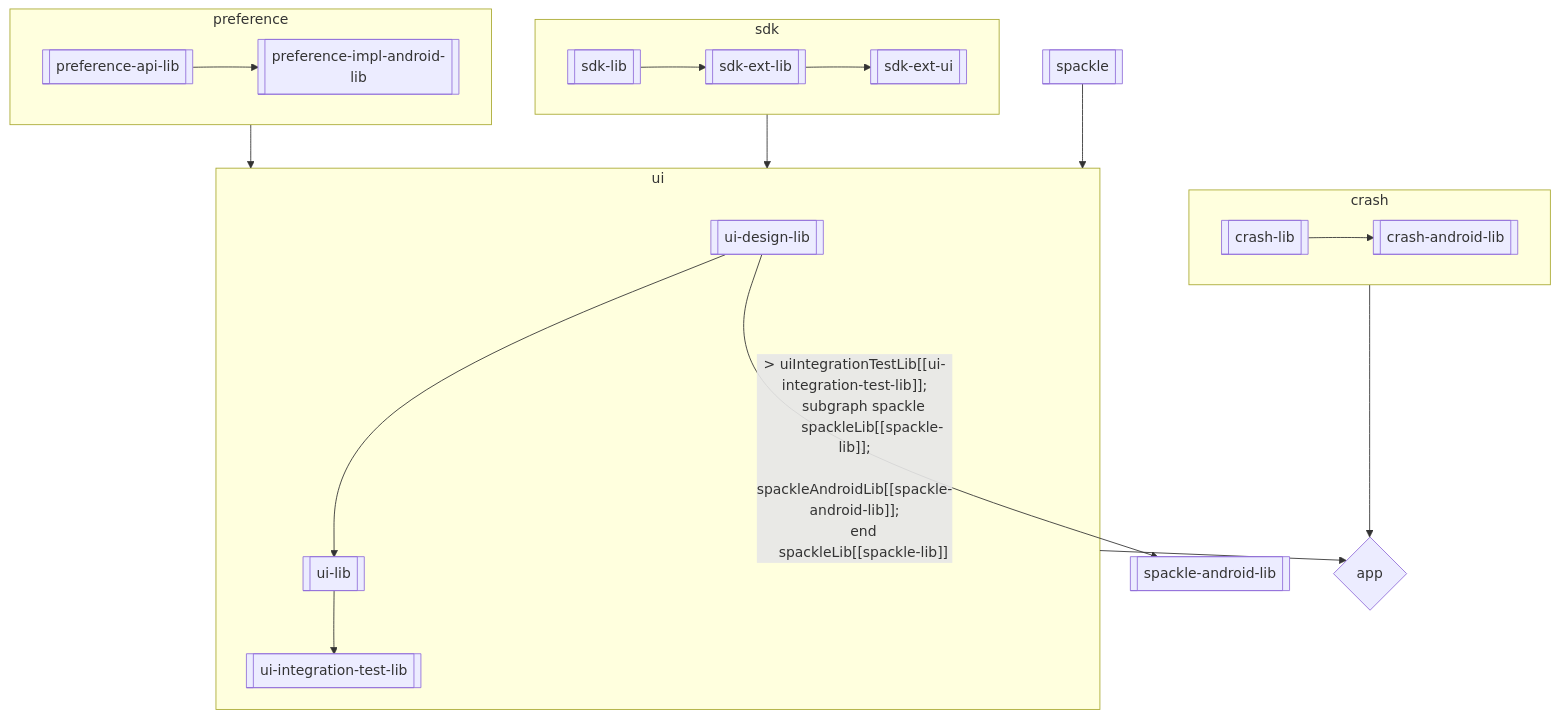
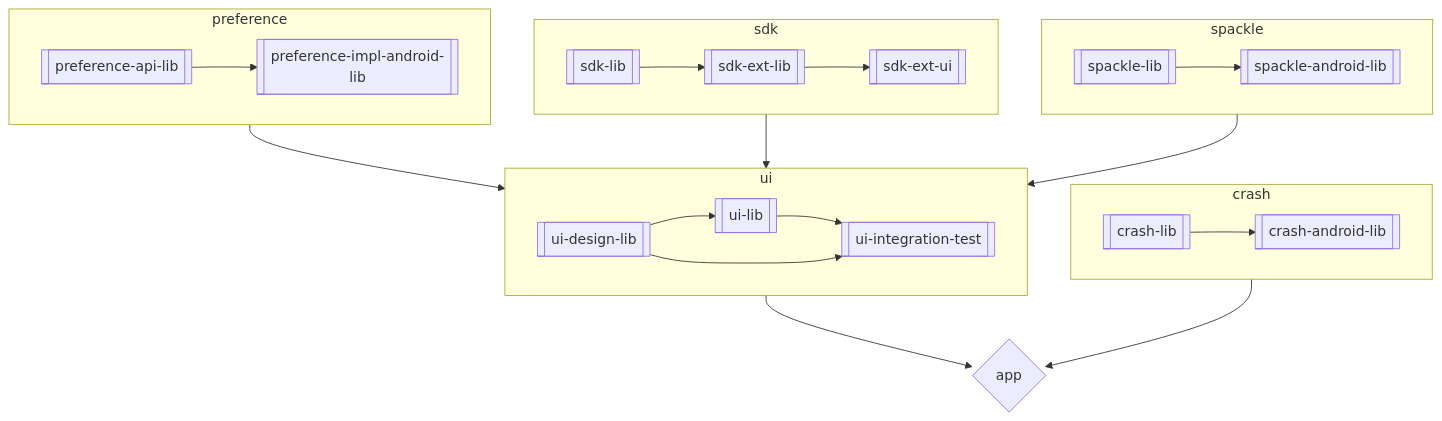
The diagram in docs/Architecture.md (Electric-Coin-Company/zashi-android), drawn with Mermaid before and after one commit. The commit also changed other lines of this file and 24 other files, not shown here.

First line of the commit message:
[#525] Refactoring Integration Test Module

````diff
--- a/docs/Architecture.md
+++ b/docs/Architecture.md
@@ -50,37 +50,37 @@
 ```mermaid
   flowchart TB;
       subgraph sdk
           sdkLib[[sdk-lib]];
           sdkExtLib[[sdk-ext-lib]];
           sdkExtUi[[sdk-ext-ui]];
       end
       sdkLib[[sdk-lib]] --> sdkExtLib[[sdk-ext-lib]] --> sdkExtUi[[sdk-ext-ui]];
       subgraph preference
           preferenceApiLib[[preference-api-lib]];
           preferenceImplAndroidLib[[preference-impl-android-lib]];
       end
       preferenceApiLib[[preference-api-lib]] --> preferenceImplAndroidLib[[preference-impl-android-lib]];
       subgraph crash
           crashLib[[crash-lib]];
           crashAndroidLib[[crash-android-lib]];
       end
       crashLib[[crash-lib]] --> crashAndroidLib[[crash-android-lib]];
       subgraph ui
           uiDesignLib[[ui-design-lib]];
           uiLib[[ui-lib]];
-          uiIntegrationTestLib[[ui-integration-test-lib]];
+          uiIntegrationTest[[ui-integration-test]];
       end
       uiDesignLib[[ui-design-lib]] --> uiLib[[ui-lib]];
-      uiLib[[ui-lib]] --> uiIntegrationTestLib[[ui-integration-test-lib]];
-      uiDesignLib[[ui-design-lib]] -- > uiIntegrationTestLib[[ui-integration-test-lib]];
+      uiLib[[ui-lib]] --> uiIntegrationTest[[ui-integration-test]];
+      uiDesignLib[[ui-design-lib]] --> uiIntegrationTest[[ui-integration-test]];
       subgraph spackle
           spackleLib[[spackle-lib]];
           spackleAndroidLib[[spackle-android-lib]];
       end
       spackleLib[[spackle-lib]] --> spackleAndroidLib[[spackle-android-lib]];
       preference --> ui[[ui]];
       sdk --> ui[[ui]];
       spackle[[spackle]] --> ui[[ui]];
       ui[[ui]] --> app{app};
       crash[[crash]] --> app{app};
 ```
````
